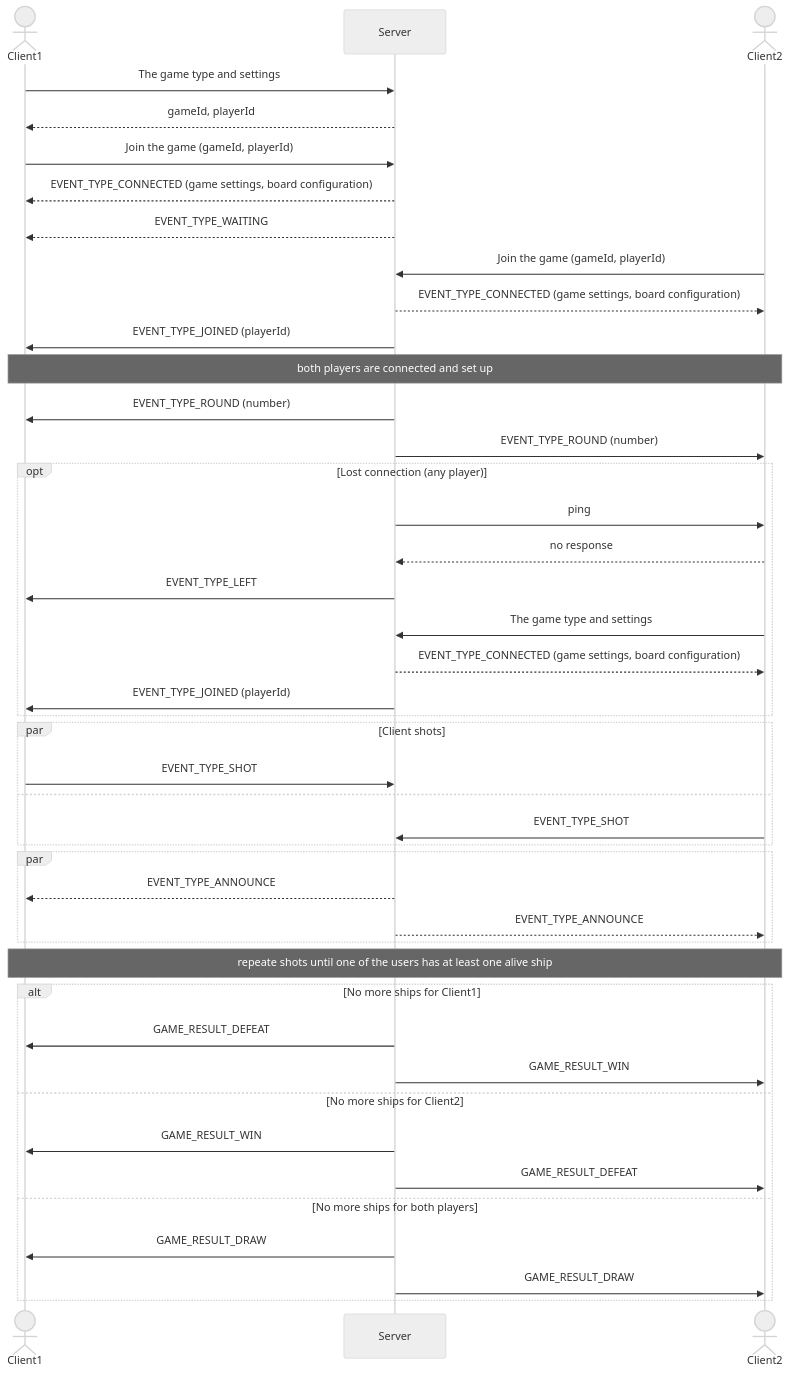
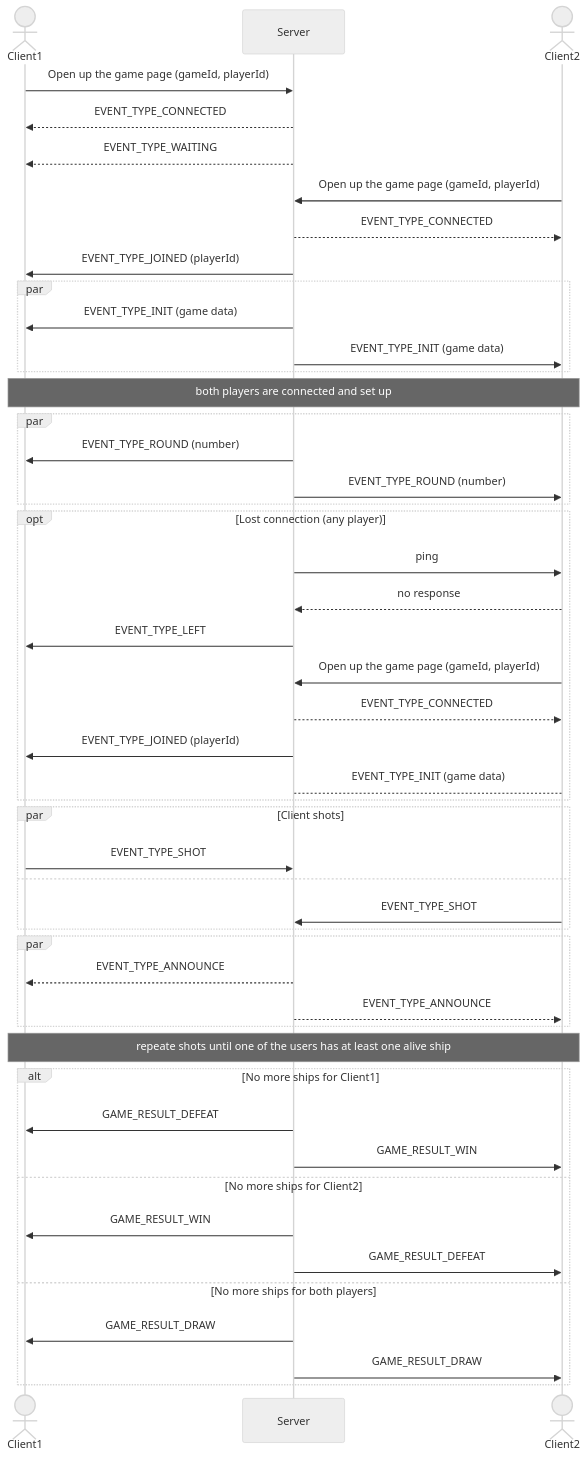
One commit to np25071984/battleships changed the second of 2 diagrams in README.md. Above: the diagram before and after it, drawn with Mermaid (neutral theme). The commit also changed other lines of this file and 11 other files, not shown here.

````diff
--- a/README.md
+++ b/README.md
@@ -40,45 +58,50 @@
 ```mermaid
 sequenceDiagram
     actor Client1
     participant Server
     actor Client2
-    Client1->>Server: The game type and settings
-    Server-->>Client1: gameId, playerId
-    Client1->>Server: Join the game (gameId, playerId)
-    Server-->>Client1: EVENT_TYPE_CONNECTED (game settings, board configuration)
+    Client1->>Server: Open up the game page (gameId, playerId)
+    Server-->>Client1: EVENT_TYPE_CONNECTED
     Server-->>Client1: EVENT_TYPE_WAITING
-    Client2->>Server: Join the game (gameId, playerId)
-    Server-->>Client2: EVENT_TYPE_CONNECTED (game settings, board configuration)
+    Client2->>Server: Open up the game page (gameId, playerId)
+    Server-->>Client2: EVENT_TYPE_CONNECTED
     Server->>Client1: EVENT_TYPE_JOINED (playerId)
+    par
+        Server->>Client1: EVENT_TYPE_INIT (game data)
+        Server->>Client2: EVENT_TYPE_INIT (game data)
+    end
     Note over Client1, Client2: both players are connected and set up
-    Server->>Client1: EVENT_TYPE_ROUND (number)
-    Server->>Client2: EVENT_TYPE_ROUND (number)
+    par
+        Server->>Client1: EVENT_TYPE_ROUND (number)
+        Server->>Client2: EVENT_TYPE_ROUND (number)
+    end
     opt Lost connection (any player)
         Server->>Client2: ping
         Client2-->>Server: no response
         Server->>Client1: EVENT_TYPE_LEFT
-        Client2->>Server: The game type and settings
-        Server-->>Client2: EVENT_TYPE_CONNECTED (game settings, board configuration)
+        Client2->>Server: Open up the game page (gameId, playerId)
+        Server-->>Client2: EVENT_TYPE_CONNECTED
         Server->>Client1: EVENT_TYPE_JOINED (playerId)
+        Server-->Client2: EVENT_TYPE_INIT (game data)
     end
     par Client shots
         Client1->>Server: EVENT_TYPE_SHOT
     and
         Client2->>Server: EVENT_TYPE_SHOT
     end
     par
         Server-->>Client1: EVENT_TYPE_ANNOUNCE
         Server-->>Client2: EVENT_TYPE_ANNOUNCE
     end
     Note over Client1, Client2: repeate shots until one of the users has at least one alive ship
     alt No more ships for Client1
         Server->>Client1: GAME_RESULT_DEFEAT
         Server->>Client2: GAME_RESULT_WIN
     else No more ships for Client2
         Server->>Client1: GAME_RESULT_WIN
         Server->>Client2: GAME_RESULT_DEFEAT
     else No more ships for both players
         Server->>Client1: GAME_RESULT_DRAW
         Server->>Client2: GAME_RESULT_DRAW
     end
 ```
````
